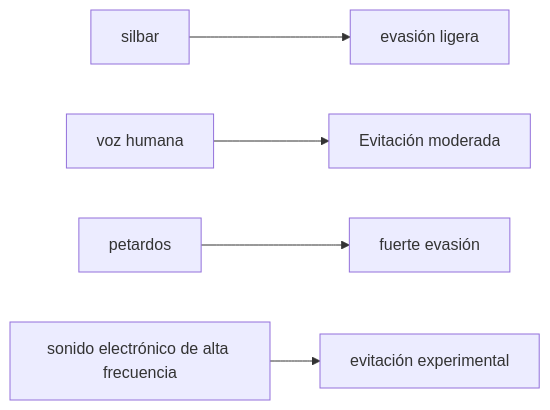
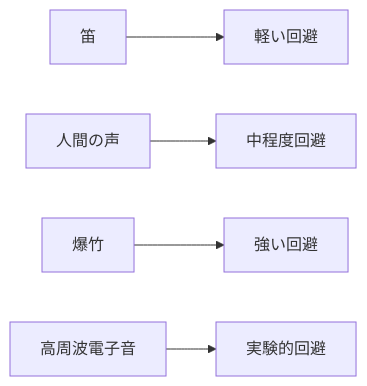
One commit to monumental-movement/monumental-movement.github.io changed the second of 4 diagrams in es/_posts/2025-10-26-column-bear-sound.md. Above: the diagram before and after it, drawn with Mermaid. The commit also changed other lines of this file and 299 other files, not shown here.

```diff
--- a/es/_posts/2025-10-26-column-bear-sound.md
+++ b/es/_posts/2025-10-26-column-bear-sound.md
@@ -113,9 +113,9 @@
 <div class="mermaid">
 
 graph LR
-A[silbar] --> B[evasión ligera]
-C[voz humana] --> D[Evitación moderada]
-E[petardos] --> F[fuerte evasión]
-G[sonido electrónico de alta frecuencia] --> H[evitación experimental]
+A[笛] --> B[軽い回避]
+C[人間の声] --> D[中程度回避]
+E[爆竹] --> F[強い回避]
+G[高周波電子音] --> H[実験的回避]
 
 </div>
```
